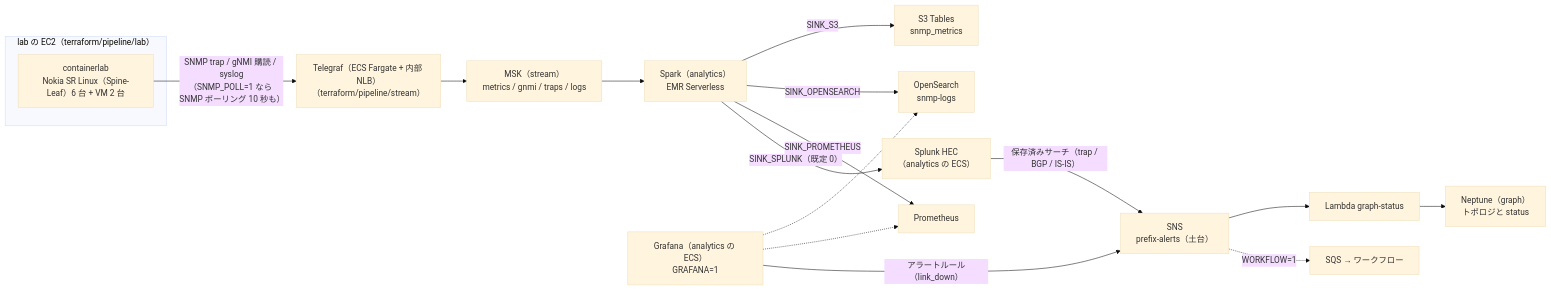
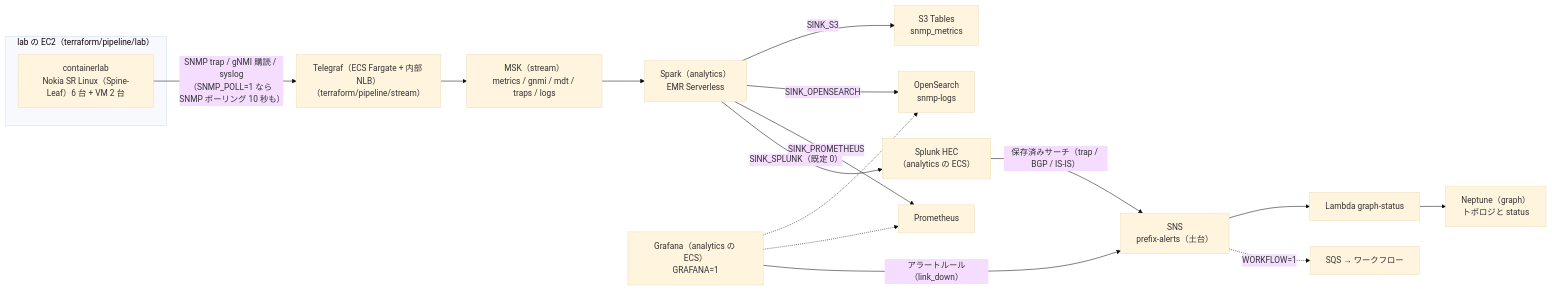
One commit to eddie-eights/cf-netops-sandbox changed the diagram in docs/pipeline.md. Above: the diagram before and after it, drawn with Mermaid (base theme). The commit also changed other lines of this file and 21 other files, not shown here.

````diff
--- a/docs/pipeline.md
+++ b/docs/pipeline.md
@@ -7,19 +7,19 @@
 ```mermaid
 flowchart LR
   subgraph LABEC2["lab の EC2（terraform/pipeline/lab）"]
     CLAB["containerlab<br/>Nokia SR Linux（Spine-Leaf）6 台 + VM 2 台"]
   end
   CLAB -->|"SNMP trap / gNMI 購読 / syslog<br/>（SNMP_POLL=1 なら SNMP ポーリング 10 秒も）"| TG["Telegraf（ECS Fargate + 内部 NLB）<br/>（terraform/pipeline/stream）"]
-  TG --> MSK["MSK（stream）<br/>metrics / gnmi / traps / logs"]
+  TG --> MSK["MSK（stream）<br/>metrics / gnmi / mdt / traps / logs"]
   MSK --> SPARK["Spark（analytics）<br/>EMR Serverless"]
   SPARK -->|"SINK_S3"| ICE["S3 Tables<br/>snmp_metrics"]
   SPARK -->|"SINK_OPENSEARCH"| OS["OpenSearch<br/>snmp-logs"]
   SPARK -->|"SINK_PROMETHEUS"| PROM["Prometheus"]
   SPARK -->|"SINK_SPLUNK（既定 0）"| SPL["Splunk HEC<br/>（analytics の ECS）"]
   GRAF["Grafana（analytics の ECS）<br/>GRAFANA=1"] -.-> OS
   GRAF -.-> PROM
   GRAF -->|"アラートルール（link_down）"| SNS["SNS<br/>prefix-alerts（土台）"]
   SPL -->|"保存済みサーチ（trap / BGP / IS-IS）"| SNS
   SNS --> GL["Lambda graph-status"] --> NEP["Neptune（graph）<br/>トポロジと status"]
   SNS -.->|"WORKFLOW=1"| SQS["SQS → ワークフロー"]
 ```
````
